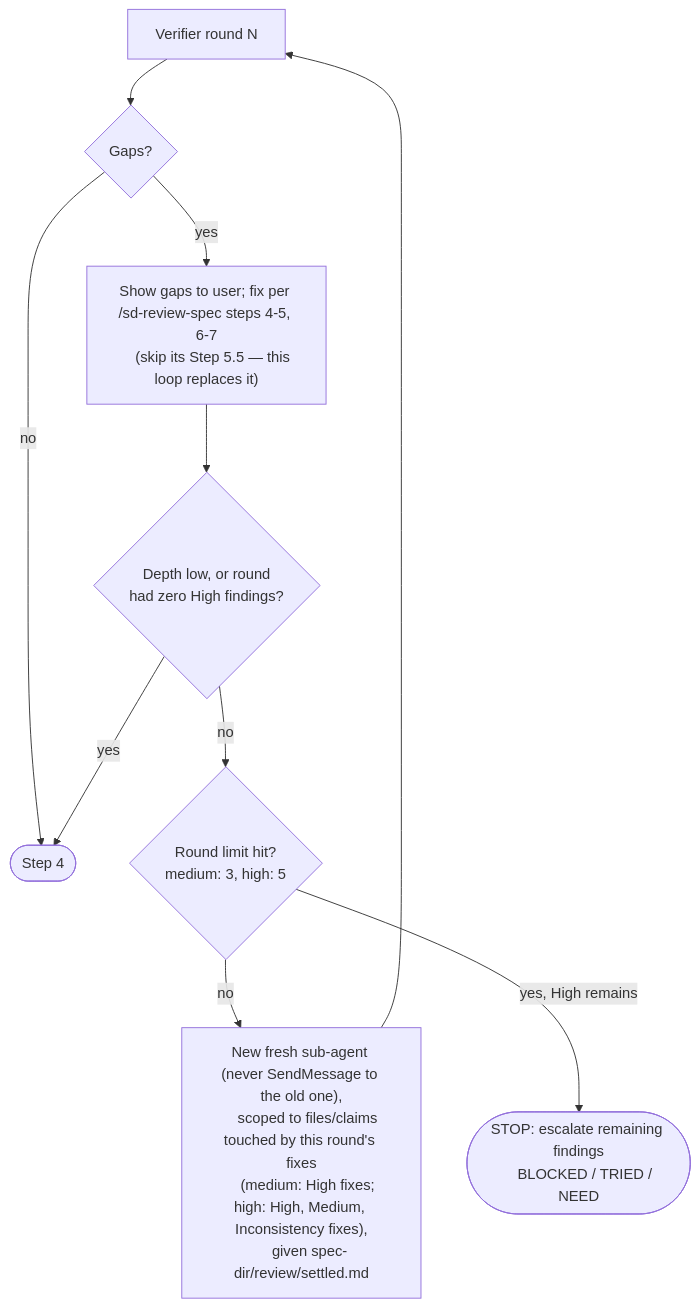
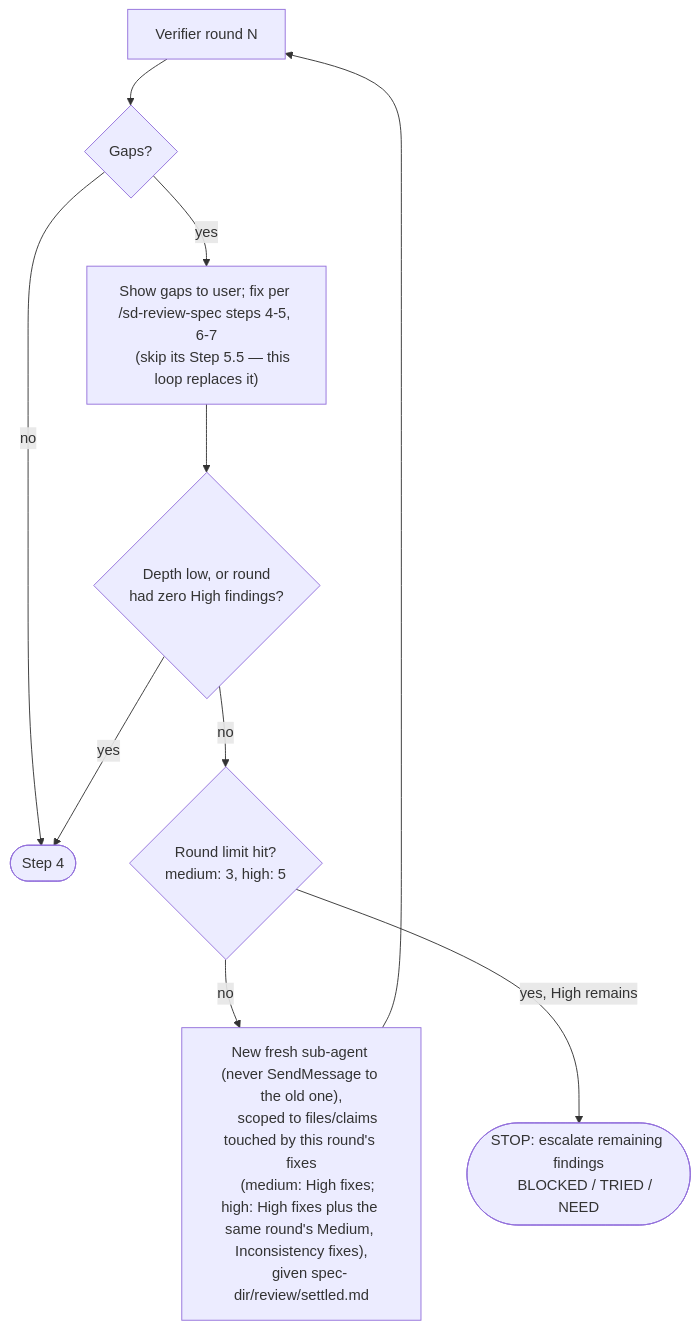
One commit to Ronnasayd/aipp changed the diagram in skills/sd-planning/references/verifier-pass.md. Above: the diagram before and after it, drawn with Mermaid. The commit also changed other lines of this file and 2 other files, not shown here.

Commit message:
docs(sd-review-spec): scope high-depth Medium re-verify to rounds with High

````diff
--- a/skills/sd-planning/references/verifier-pass.md
+++ b/skills/sd-planning/references/verifier-pass.md
@@ -24,18 +24,18 @@
 ```mermaid
 flowchart TD
     R["Verifier round N"] --> G{"Gaps?"}
     G -- no --> Done([Step 4])
     G -- yes --> F["Show gaps to user; fix per /sd-review-spec steps 4-5, 6-7
     (skip its Step 5.5 — this loop replaces it)"]
     F --> Q{"Depth low, or round
     had zero High findings?"}
     Q -- yes --> Done
     Q -- no --> H{"Round limit hit?
     medium: 3, high: 5"}
     H -- no --> R2["New fresh sub-agent (never SendMessage to the old one),
     scoped to files/claims touched by this round's fixes
-    (medium: High fixes; high: High, Medium, Inconsistency fixes),
+    (medium: High fixes; high: High fixes plus the same round's Medium, Inconsistency fixes),
     given spec-dir/review/settled.md"] --> R
     H -- "yes, High remains" --> E([STOP: escalate remaining findings
     BLOCKED / TRIED / NEED])
 ```
````
